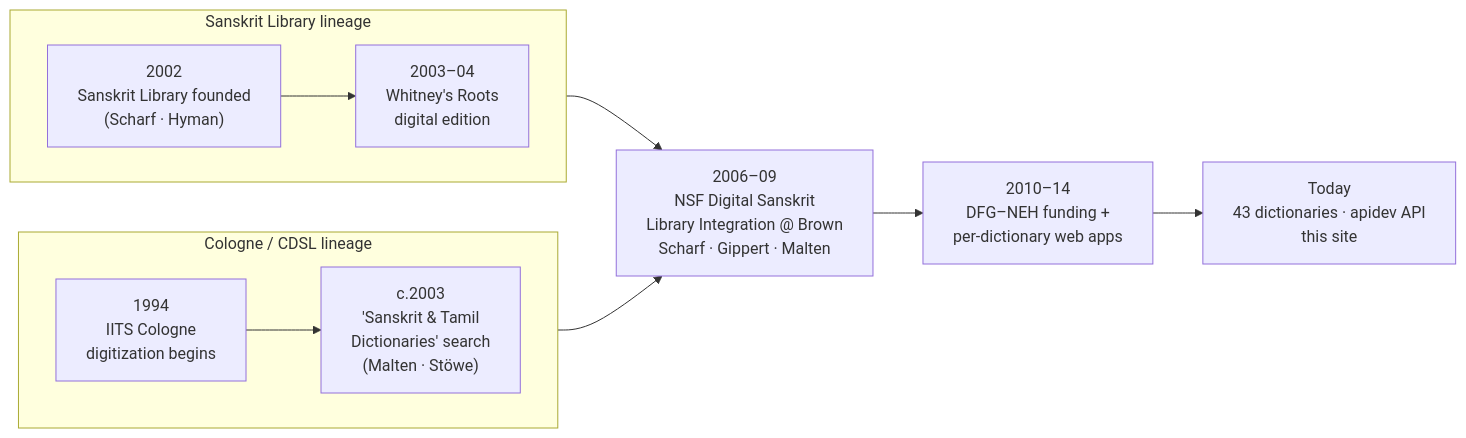
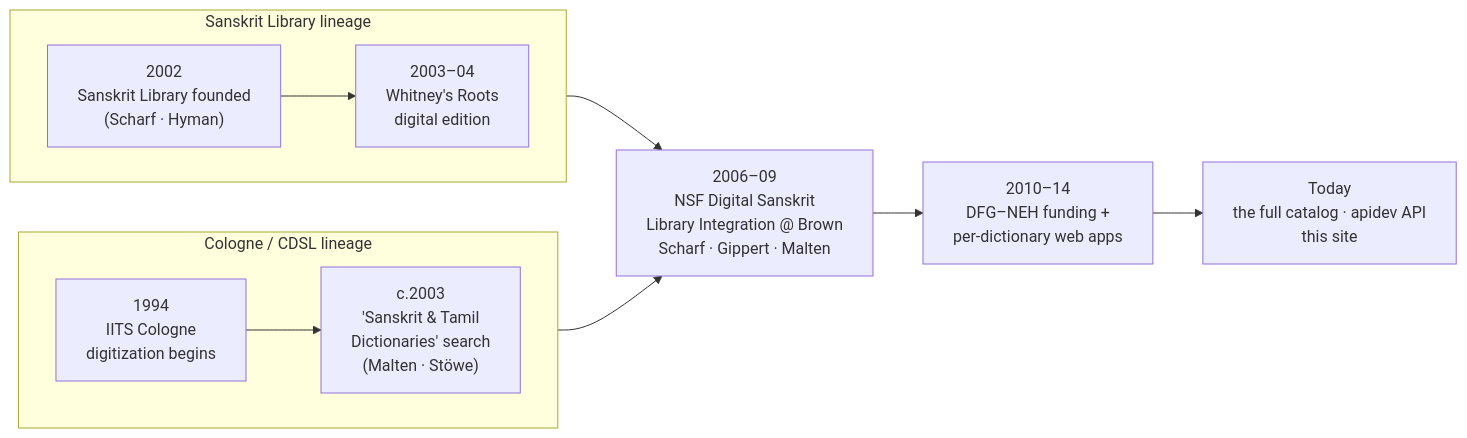
Before and after one commit to sanskrit-lexicon/csl-guides: the diagram in docs/about/origins.mdx, drawn with Mermaid. The commit also changed 46 other files, not shown here.

````diff
--- a/docs/about/origins.mdx
+++ b/docs/about/origins.mdx
@@ -26,15 +26,15 @@
 ```mermaid
 flowchart LR
     subgraph C["Cologne / CDSL lineage"]
         direction LR
         C1["1994<br/>IITS Cologne<br/>digitization begins"] --> C2["c.2003<br/>'Sanskrit & Tamil<br/>Dictionaries' search<br/>(Malten · Stöwe)"]
     end
     subgraph S["Sanskrit Library lineage"]
         direction LR
         S1["2002<br/>Sanskrit Library founded<br/>(Scharf · Hyman)"] --> S2["2003–04<br/>Whitney's Roots<br/>digital edition"]
     end
     C2 --> M["2006–09<br/>NSF Digital Sanskrit<br/>Library Integration @ Brown<br/>Scharf · Gippert · Malten"]
     S2 --> M
     M --> P["2010–14<br/>DFG–NEH funding +<br/>per-dictionary web apps"]
-    P --> N["Today<br/>43 dictionaries · apidev API<br/>this site"]
+    P --> N["Today<br/>the full catalog · apidev API<br/>this site"]
 ```
````
